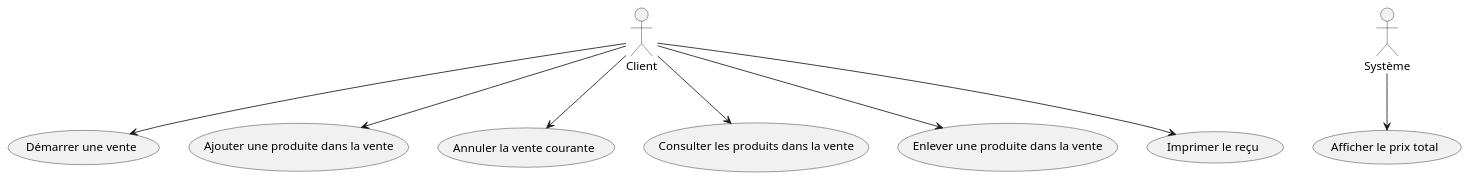
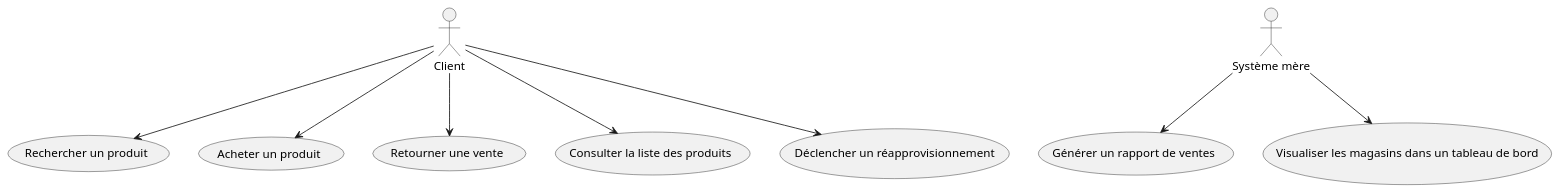
Before and after one commit to Barlow-Personal-Git/LOG430_Barlow_Etape_1: the diagram in docs/UML/cas_utilisation.puml, drawn with PlantUML. The commit also changed 39 other files, not shown here.

```diff
--- a/docs/UML/cas_utilisation.puml
+++ b/docs/UML/cas_utilisation.puml
@@ -1,20 +1,20 @@
 @startuml
 actor "Client" as Client
-actor "Système" as Systeme
+actor "Système mère" as Systeme
 
-usecase "Démarrer une vente" as UC1
-usecase "Ajouter une produite dans la vente" as UC2
-usecase "Annuler la vente courante" as UC3
-usecase "Consulter les produits dans la vente" as UC4
-usecase "Enlever une produite dans la vente" as UC5
-usecase "Afficher le prix total" as UC6
-usecase "Imprimer le reçu" as UC7
+usecase "Rechercher un produit" as UC1
+usecase "Acheter un produit" as UC2
+usecase "Retourner une vente" as UC3
+usecase "Consulter la liste des produits" as UC4
+usecase "Déclencher un réapprovisionnement" as UC5
+usecase "Générer un rapport de ventes" as UC6
+usecase "Visualiser les magasins dans un tableau de bord" as UC7
 
 Client --> UC1
 Client --> UC2
 Client --> UC3
 Client --> UC4
 Client --> UC5
 Systeme --> UC6
-Client --> UC7
+Systeme --> UC7
 @enduml
```
